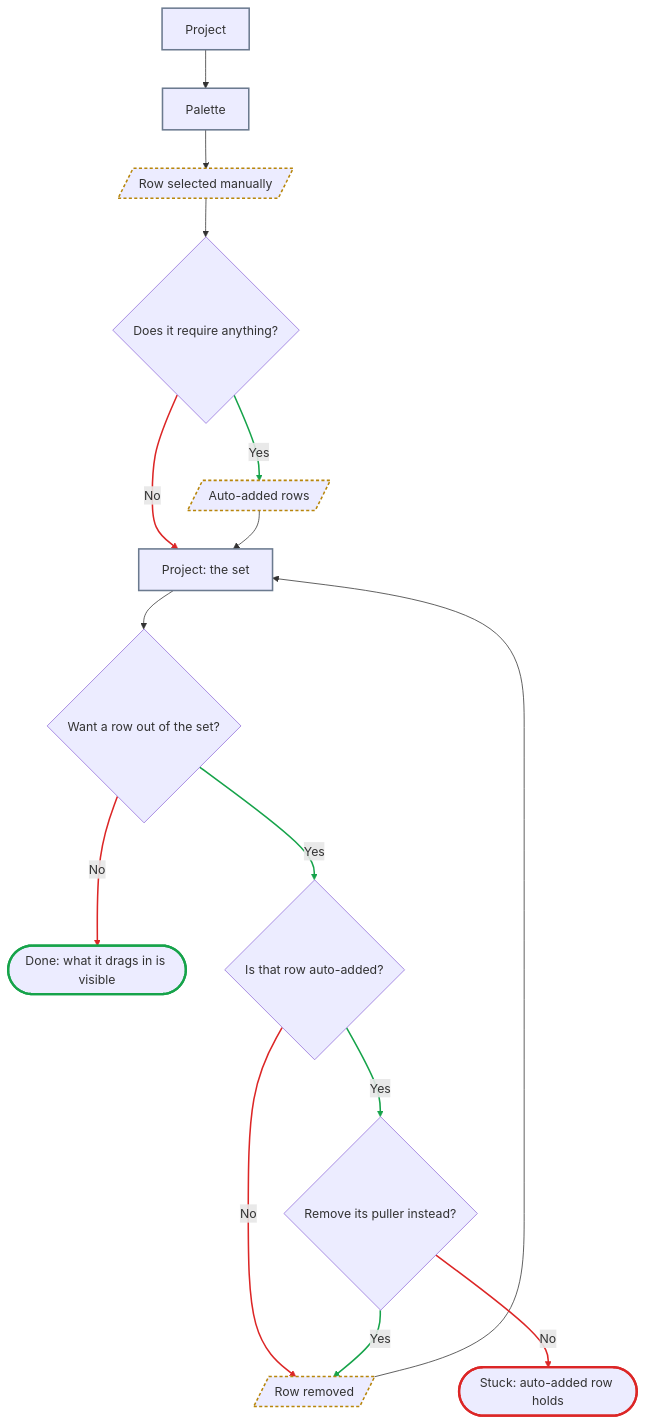
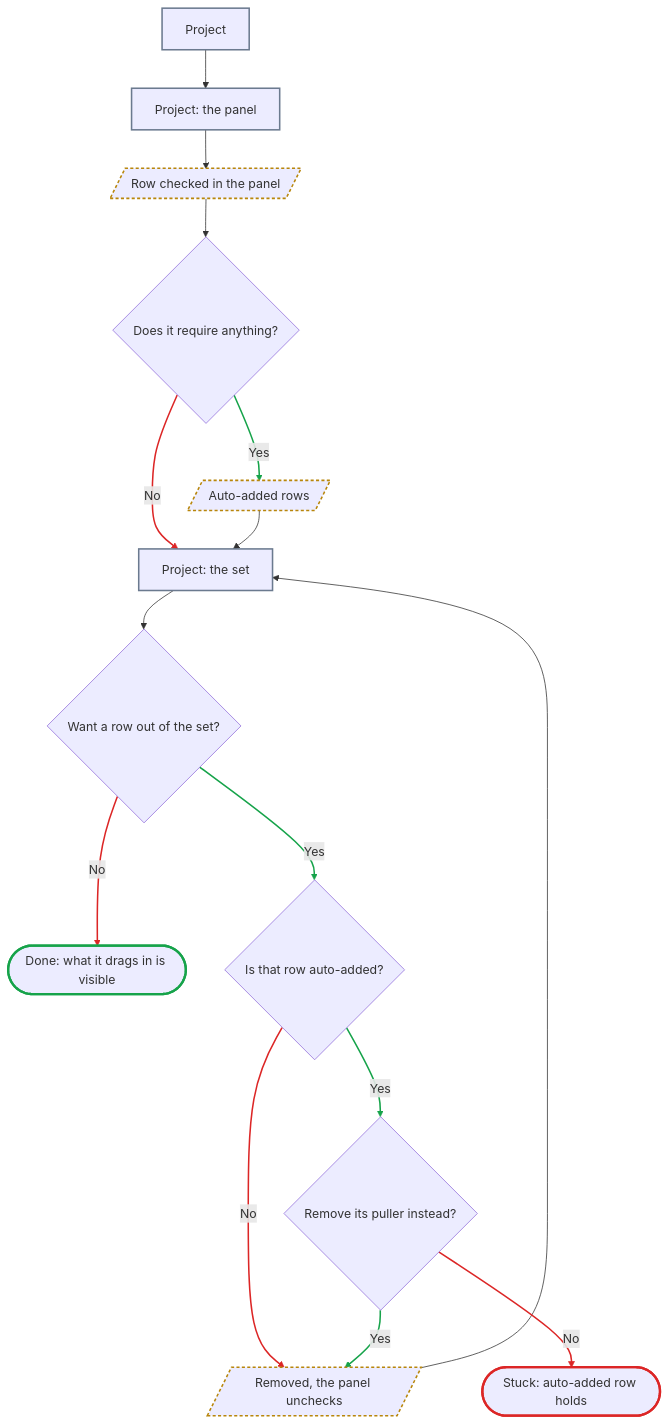
The fourth of 7 diagrams in 03-information-architecture/flows.md (RomanUserExpert/ai-stack-builder), drawn with Mermaid before and after one commit. The commit also changed other lines of this file and 8 other files, not shown here.

First line of the commit message:
The palette became a panel, and the flows got shorter rather than longer

````diff
--- a/03-information-architecture/flows.md
+++ b/03-information-architecture/flows.md
@@ -226,27 +346,27 @@
 ```mermaid
 flowchart TD
-    A["Project"] --> B["Palette"]
-    B --> C[/"Row selected manually"/]
+    A["Project"] --> B["Project: the panel"]
+    B --> C[/"Row checked in the panel"/]
     C --> D{"Does it require anything?"}
     D -->|"Yes"| E[/"Auto-added rows"/]
     D -->|"No"| F["Project: the set"]
     E --> F
     F --> G{"Want a row out of the set?"}
     G -->|"No"| H(["Done: what it drags in is visible"])
     G -->|"Yes"| I{"Is that row auto-added?"}
-    I -->|"No"| J[/"Row removed"/]
+    I -->|"No"| J[/"Removed, the panel unchecks"/]
     J --> F
     I -->|"Yes"| K{"Remove its puller instead?"}
     K -->|"Yes"| J
     K -->|"No"| L(["Stuck: auto-added row holds"])
     classDef screen stroke:#6b7a8f,stroke-width:2px
     classDef state stroke:#b8860b,stroke-width:2px,stroke-dasharray:4 3
     classDef win stroke:#16a34a,stroke-width:3px
     classDef dead stroke:#dc2626,stroke-width:3px
     linkStyle 3,8,11,12 stroke:#16a34a,stroke-width:2px
     linkStyle 4,7,9,13 stroke:#dc2626,stroke-width:2px
     class A,B,F screen
     class C,E,J state
     class H win
     class L dead
 ```
````
